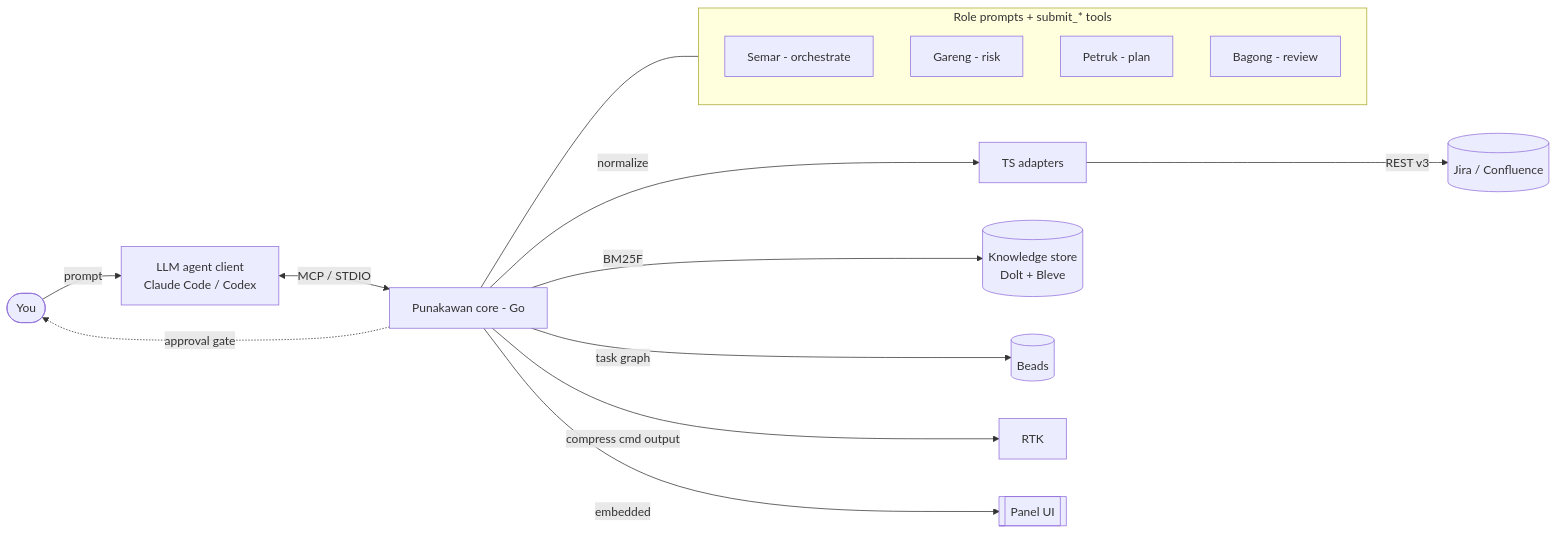
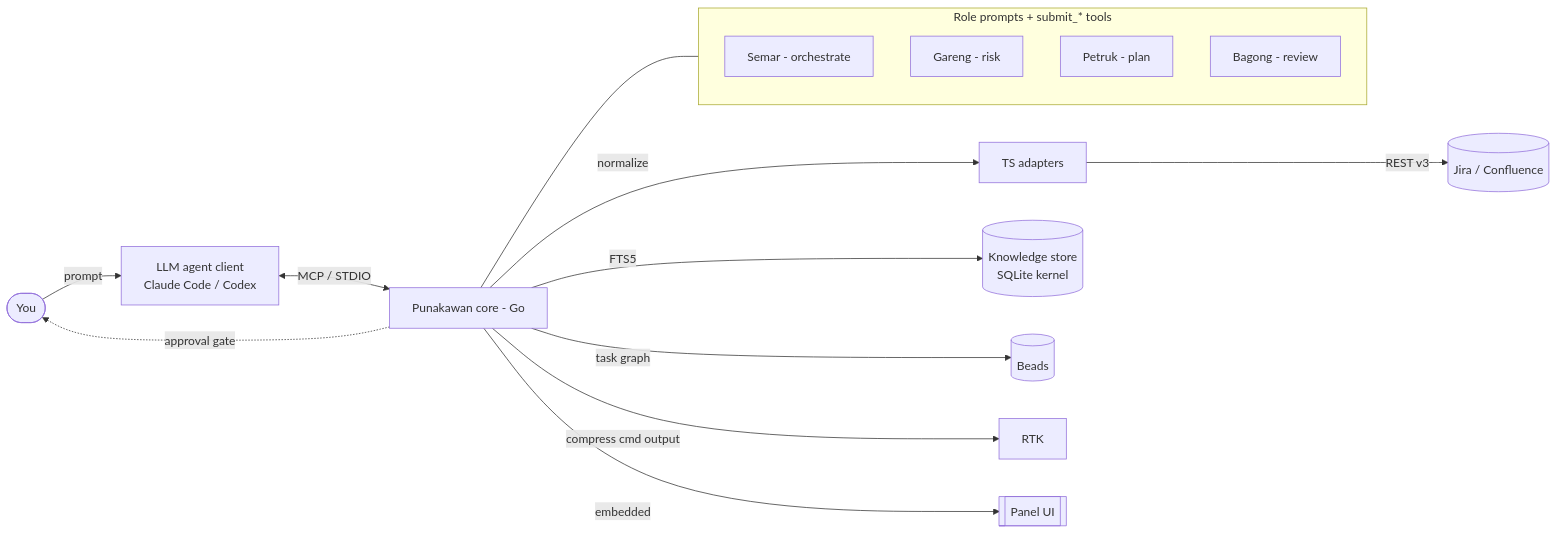
One commit to gdncomm-yunaz-ramadhan/punakawan changed the first of 2 diagrams in README.md. Above: the diagram before and after it, drawn with Mermaid. The commit also changed other lines of this file and 6 other files, not shown here.

````diff
--- a/README.md
+++ b/README.md
@@ -97,20 +97,20 @@
 ```mermaid
 flowchart LR
   You([You]) -->|prompt| Agent[LLM agent client<br/>Claude Code / Codex]
   Agent <-->|MCP / STDIO| PK[Punakawan core - Go]
 
   subgraph Roles [Role prompts + submit_* tools]
     Semar[Semar - orchestrate]
     Gareng[Gareng - risk]
     Petruk[Petruk - plan]
     Bagong[Bagong - review]
   end
 
   PK --- Roles
   PK -->|normalize| ADP[TS adapters] -->|REST v3| Jira[(Jira / Confluence)]
-  PK -->|BM25F| KN[(Knowledge store<br/>Dolt + Bleve)]
+  PK -->|FTS5| KN[(Knowledge store<br/>SQLite kernel)]
   PK -->|task graph| BD[(Beads)]
   PK -->|compress cmd output| RTK[RTK]
   PK -->|embedded| Panel[[Panel UI]]
   PK -.->|approval gate| You
 ```
````
